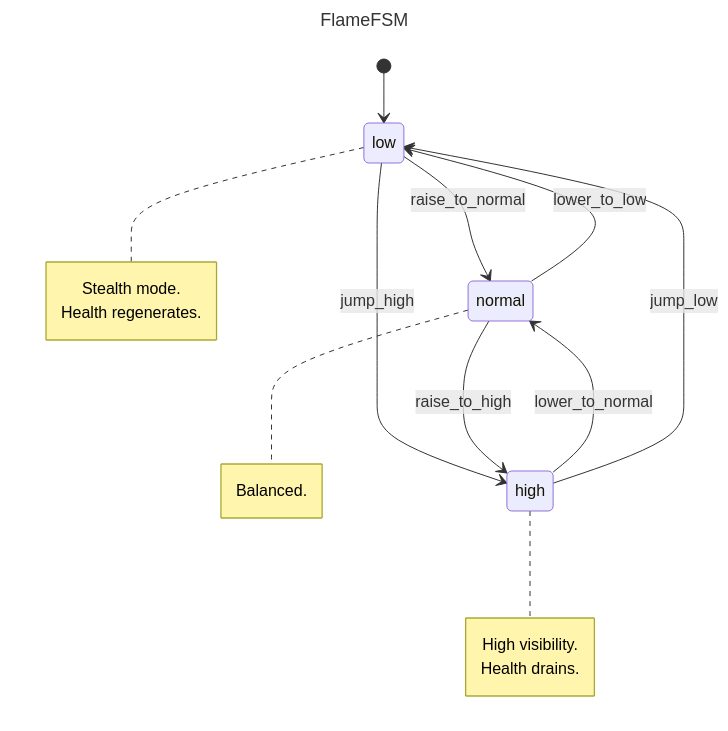
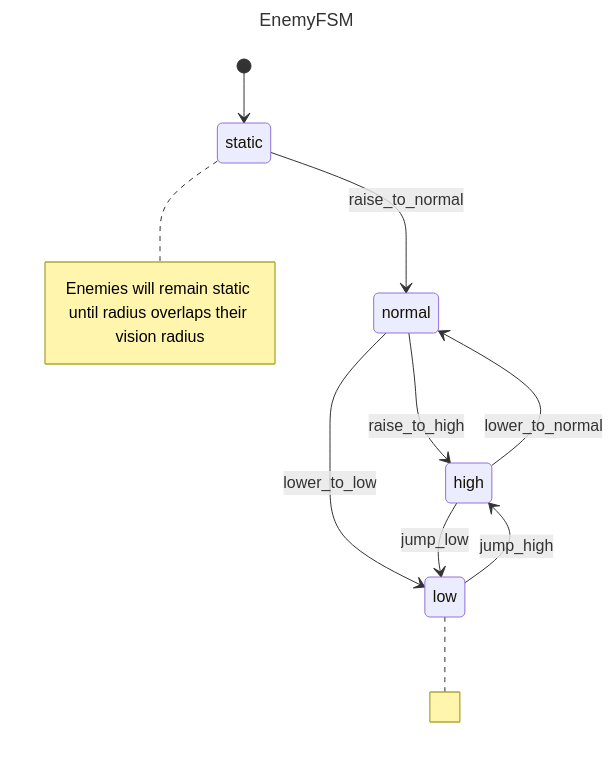
One commit to lcoronelr/Lost-In-The-Dark changed the diagram in diagrams/EnemyFSM.mermaid. Above: the diagram before and after it, drawn with Mermaid.

Commit message:
some FSMs diagram for the enemies

```diff
--- a/diagrams/EnemyFSM.mermaid
+++ b/diagrams/EnemyFSM.mermaid
@@ -1,24 +1,19 @@
 ---
-title: FlameFSM
+title: EnemyFSM
 ---
 stateDiagram-v2
-    [*] --> low
+    [*] --> static
 
-    low    --> normal : raise_to_normal
+    static    --> normal : raise_to_normal
     low    --> high   : jump_high
     normal --> high   : raise_to_high
     normal --> low    : lower_to_low
     high   --> normal : lower_to_normal
     high   --> low    : jump_low
 
+    note right of static
+        Enemies will remain static until radius overlaps their vision radius
+    end note
+
     note right of low
-        Stealth mode.
-        Health regenerates.
     end note
-    note right of normal
-        Balanced.
-    end note
-    note right of high
-        High visibility.
-        Health drains.
-    end note
```
